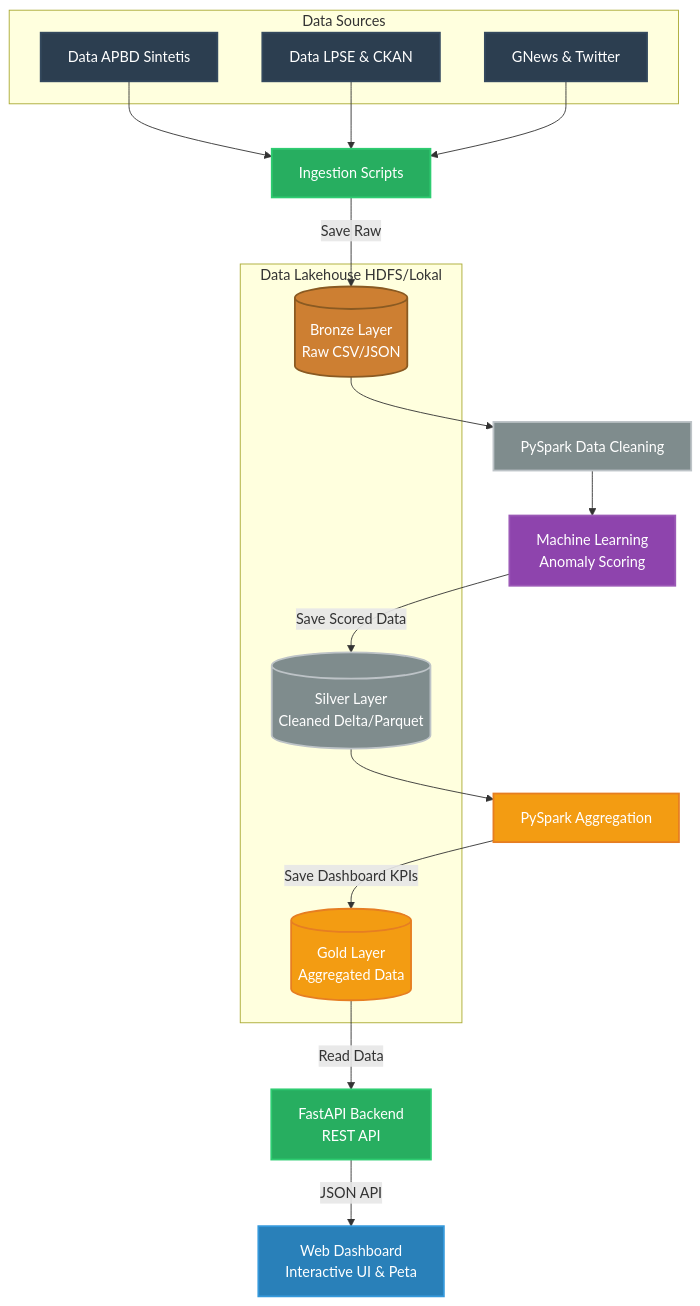
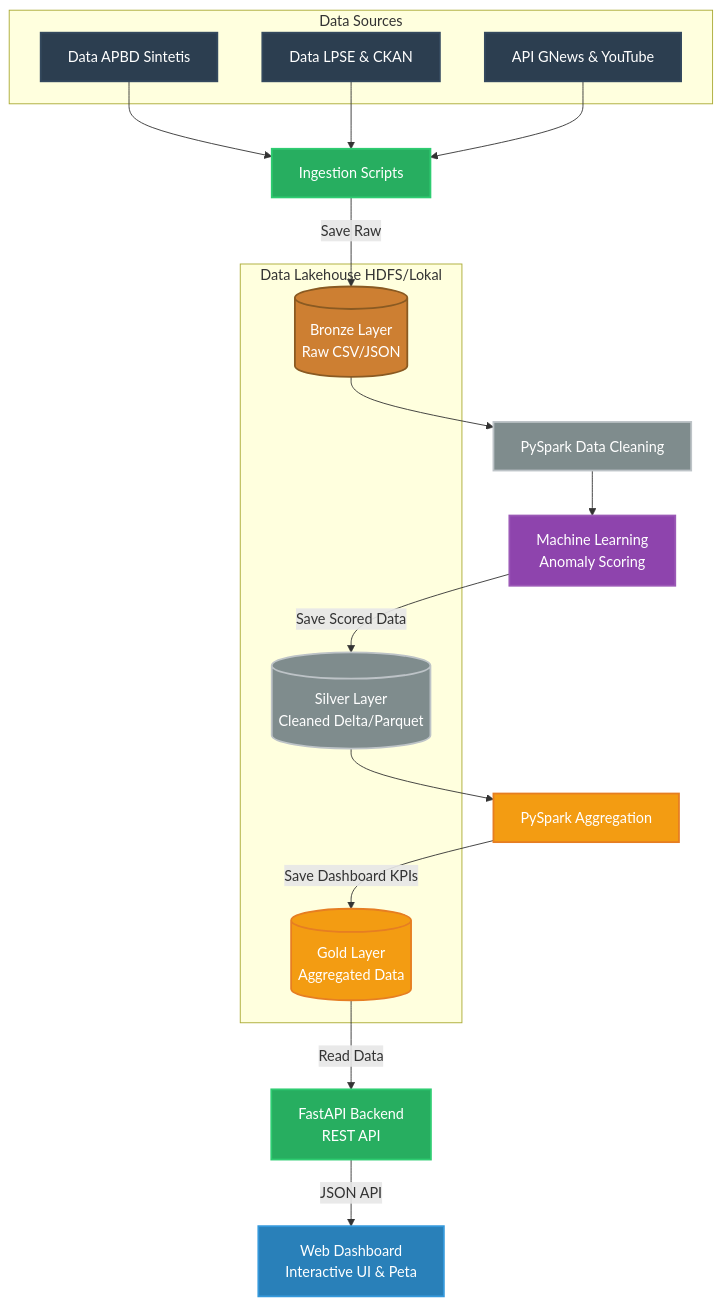
The diagram in README_DRAFT.md (knownasrayy/SmartBudget-Platform-Lakehouse-untuk-Deteksi-Anomali-Transparansi-APBD-Kota-Berbasis-Big-Data), drawn with Mermaid before and after one commit. The commit also changed other lines of this file, not shown here.

Commit message:
Update NLP data source to YouTube API instead of Twitter

````diff
--- a/README_DRAFT.md
+++ b/README_DRAFT.md
@@ -43,52 +43,52 @@
 ```mermaid
 flowchart TD
     %% Define styles with dark-mode safe colors
     classDef source fill:#2c3e50,stroke:#34495e,stroke-width:2px,color:#fff;
     classDef bronze fill:#cd7f32,stroke:#8a5a22,stroke-width:2px,color:#fff;
     classDef silver fill:#7f8c8d,stroke:#bdc3c7,stroke-width:2px,color:#fff;
     classDef gold fill:#f39c12,stroke:#e67e22,stroke-width:2px,color:#fff;
     classDef ml fill:#8e44ad,stroke:#9b59b6,stroke-width:2px,color:#fff;
     classDef api fill:#27ae60,stroke:#2ecc71,stroke-width:2px,color:#fff;
     classDef ui fill:#2980b9,stroke:#3498db,stroke-width:2px,color:#fff;
 
     %% Data Sources
     subgraph sources [Data Sources]
         A1[Data APBD Sintetis]:::source
         A2[Data LPSE & CKAN]:::source
-        A3[GNews & Twitter]:::source
+        A3[API GNews & YouTube]:::source
     end
 
     %% Ingestion
     B[Ingestion Scripts]:::api
     
     A1 --> B
     A2 --> B
     A3 --> B
 
     %% Medallion Architecture
     subgraph lakehouse [Data Lakehouse HDFS/Lokal]
         C[(Bronze Layer\nRaw CSV/JSON)]:::bronze
         D[(Silver Layer\nCleaned Delta/Parquet)]:::silver
         E[(Gold Layer\nAggregated Data)]:::gold
     end
 
     B -->|Save Raw| C
 
     %% Processing & ML
     F[PySpark Data Cleaning]:::silver
     G[Machine Learning\nAnomaly Scoring]:::ml
     H[PySpark Aggregation]:::gold
     
     C --> F
     F --> G
     G -->|Save Scored Data| D
     D --> H
     H -->|Save Dashboard KPIs| E
 
     %% Serving Layer
     I[FastAPI Backend\nREST API]:::api
     J[Web Dashboard\nInteractive UI & Peta]:::ui
 
     E -->|Read Data| I
     I -->|JSON API| J
 ```
````
